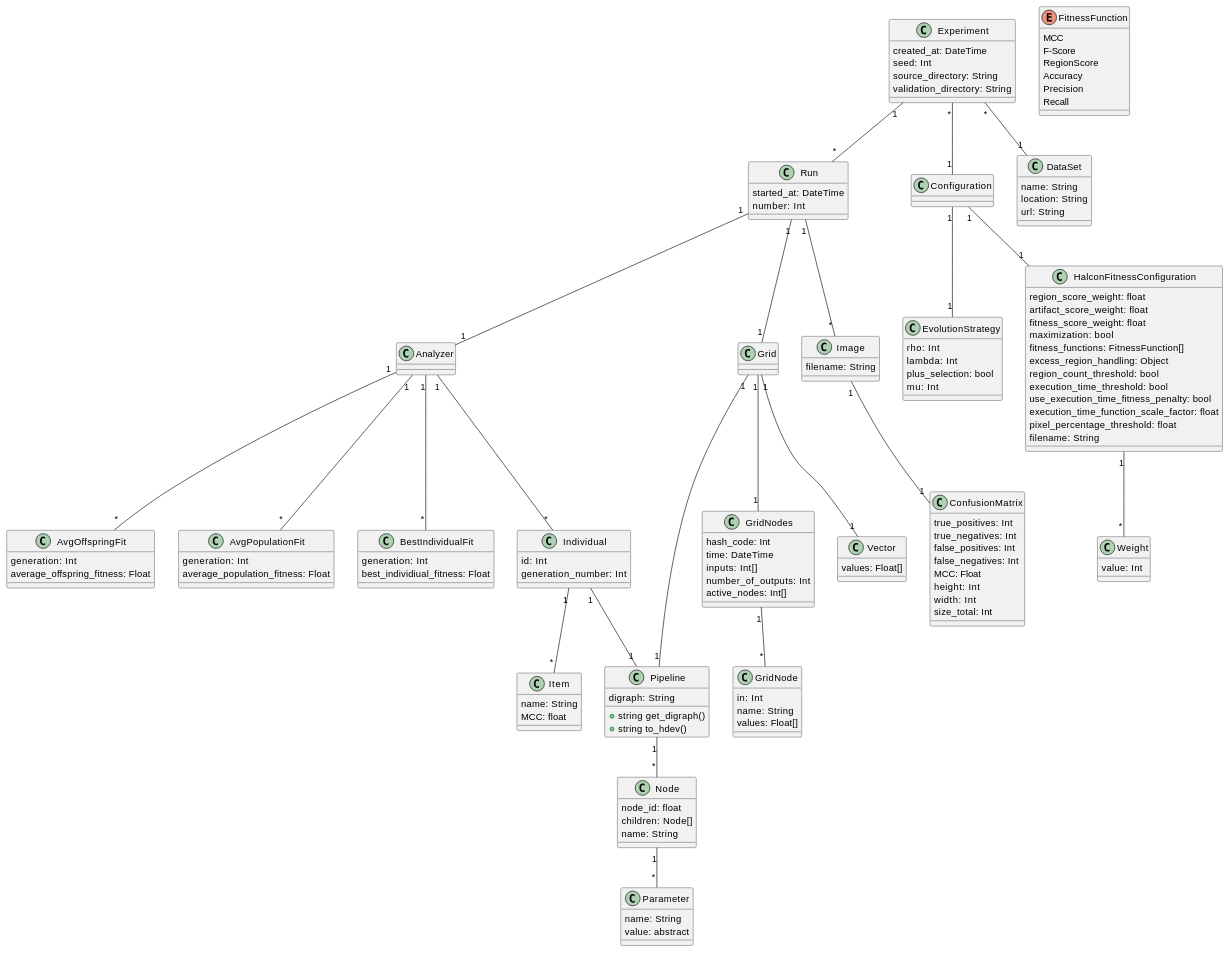
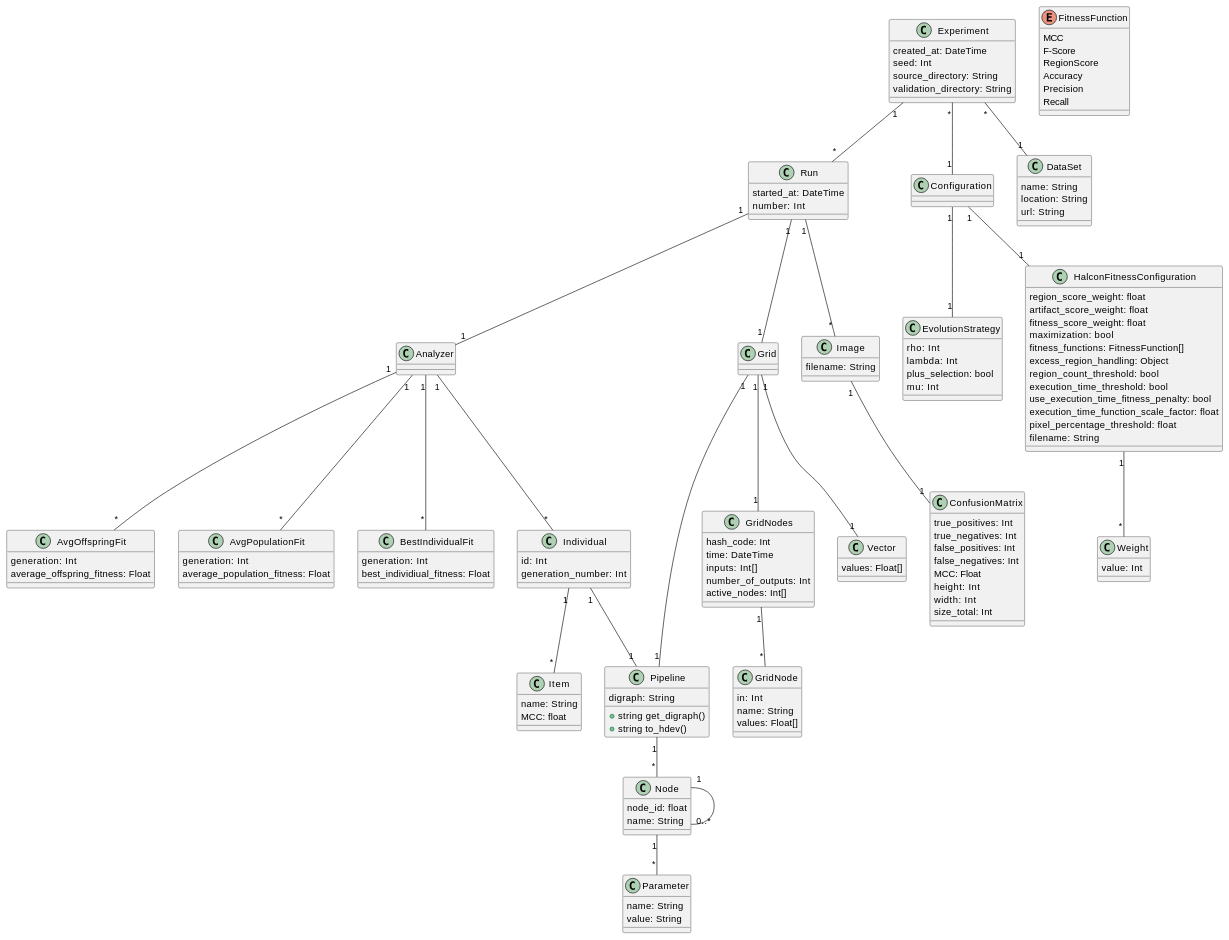
Before and after one commit to anmarchio/experiments: the diagram in diagrams/DataModel.md, drawn with PlantUML.

```diff
--- a/diagrams/DataModel.md
+++ b/diagrams/DataModel.md
@@ -106,13 +106,12 @@
 
 class Node {
   node_id: float
-  children: Node[]
   name: String
 }
 
 class Parameter {
   name: String
-  value: abstract
+  value: String
 }
 
 class Vector {
@@ -158,6 +157,7 @@
 Grid "1" -- "1" Vector
 Pipeline "1" -- "*" Node
 Node "1" -- "*" Parameter
+Node "1" -- "0..*" Node
 
 Run "1" -- "*" Image
 Image "1" -- "1" ConfusionMatrix
```
